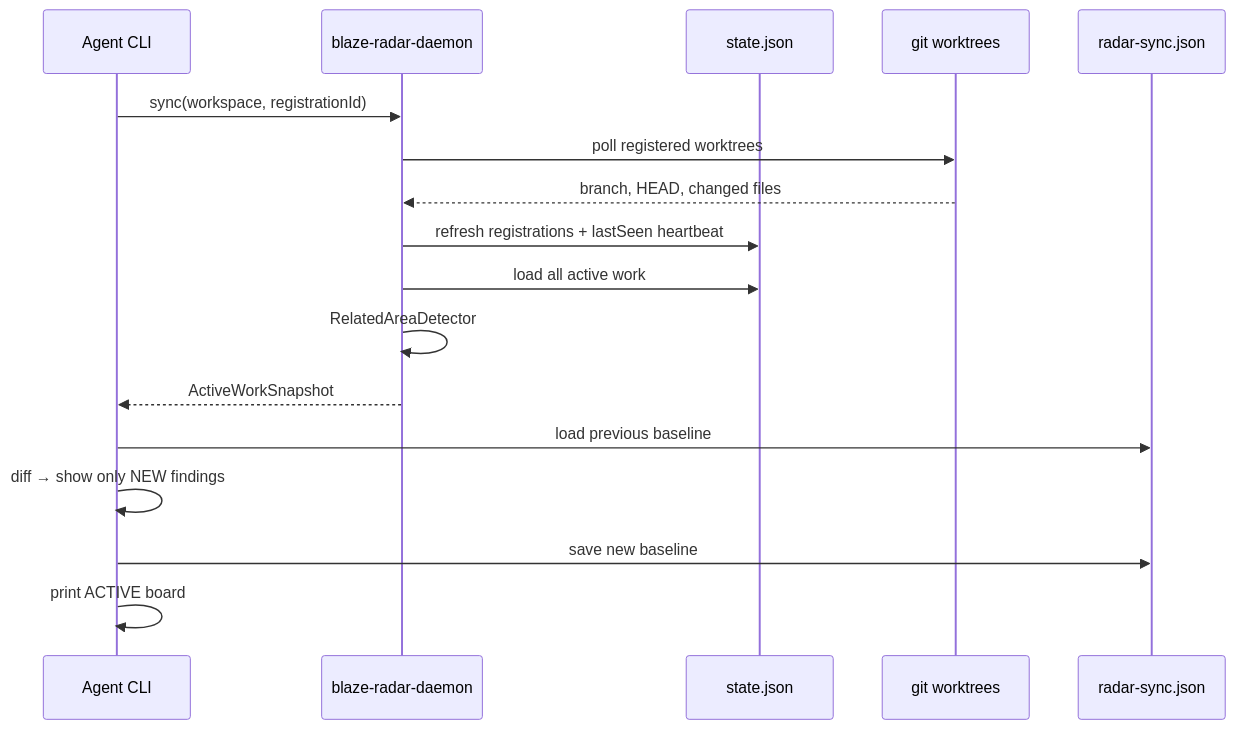
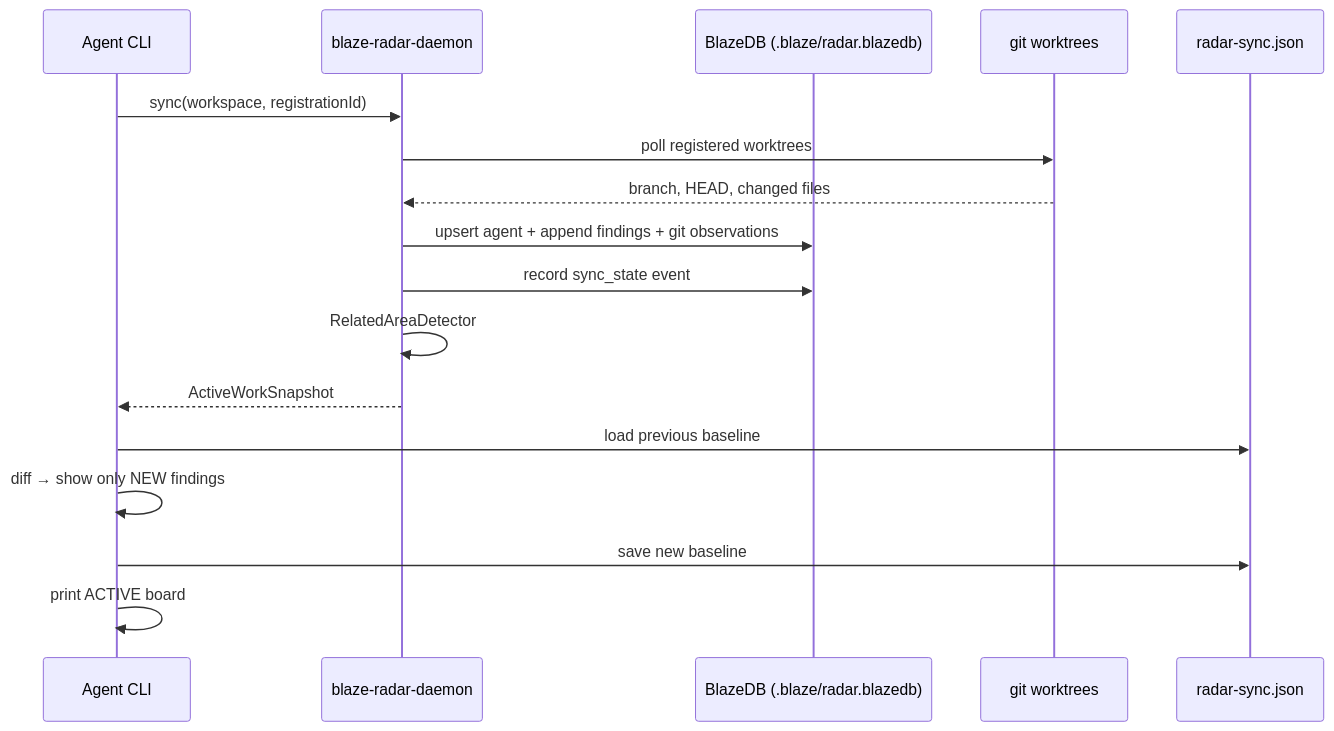
Before and after one commit to Mikedan37/blaze-radar: the second of 2 diagrams in README.md, drawn with Mermaid. The commit also changed other lines of this file and 10 other files, not shown here.

First line of the commit message:
Refactor persistence onto BlazeDB with pluggable AwarenessStore.

````diff
--- a/README.md
+++ b/README.md
@@ -133,20 +142,20 @@
 ```mermaid
 sequenceDiagram
     participant Agent as Agent CLI
     participant Daemon as blaze-radar-daemon
-    participant Store as state.json
+    participant Store as BlazeDB (.blaze/radar.blazedb)
     participant Git as git worktrees
     participant Sync as radar-sync.json
 
     Agent->>Daemon: sync(workspace, registrationId)
     Daemon->>Git: poll registered worktrees
     Git-->>Daemon: branch, HEAD, changed files
-    Daemon->>Store: refresh registrations + lastSeen heartbeat
-    Daemon->>Store: load all active work
+    Daemon->>Store: upsert agent + append findings + git observations
+    Daemon->>Store: record sync_state event
     Daemon->>Daemon: RelatedAreaDetector
     Daemon-->>Agent: ActiveWorkSnapshot
     Agent->>Sync: load previous baseline
     Agent->>Agent: diff → show only NEW findings
     Agent->>Sync: save new baseline
     Agent->>Agent: print ACTIVE board
 ```
````
